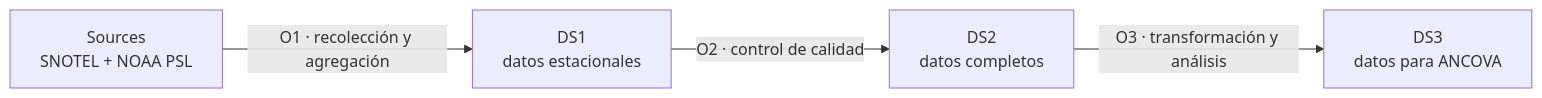
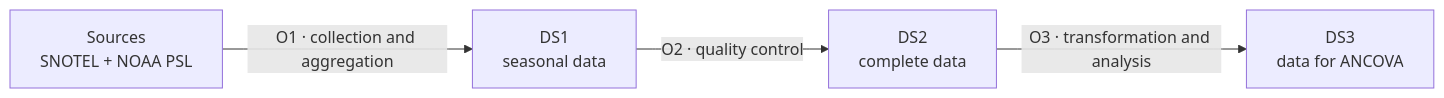
Before and after one commit to nicominguez/pnw_enso_swe: the diagram in README.md, drawn with Mermaid. The commit also changed other lines of this file and 1 other file, not shown here.

````diff
--- a/README.md
+++ b/README.md
@@ -9,7 +11,7 @@
 ```mermaid
 flowchart LR
     S[Sources<br/>SNOTEL + NOAA PSL]
-    S -->|O1 · recolección y agregación| D1[DS1<br/>datos estacionales]
-    D1 -->|O2 · control de calidad| D2[DS2<br/>datos completos]
-    D2 -->|O3 · transformación y análisis| D3[DS3<br/>datos para ANCOVA]
+    S -->|O1 · collection and aggregation| D1[DS1<br/>seasonal data]
+    D1 -->|O2 · quality control| D2[DS2<br/>complete data]
+    D2 -->|O3 · transformation and analysis| D3[DS3<br/>data for ANCOVA]
 ```
````
